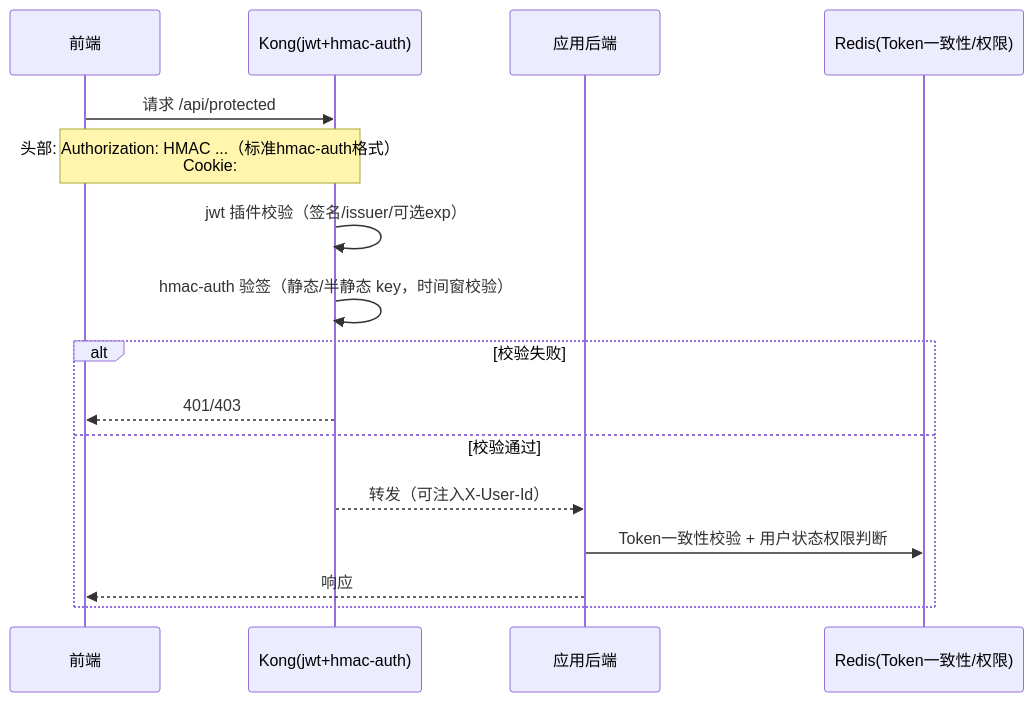
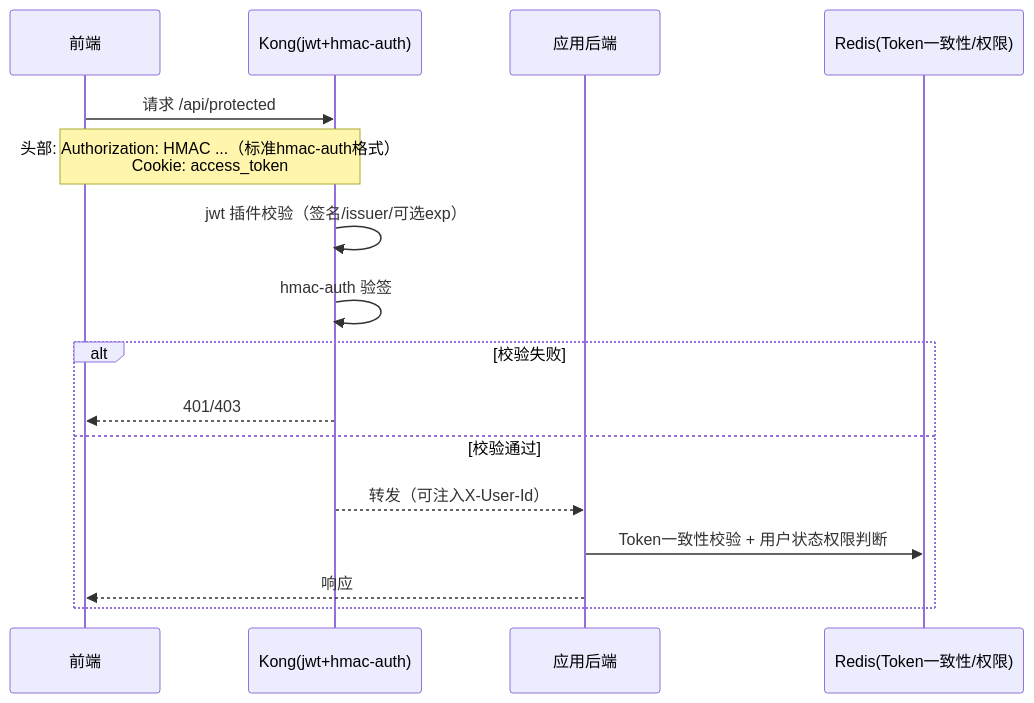
Before and after one commit to yingjianzh/iodraw-files: the diagram in all/未命名-3.md, drawn with Mermaid.

Commit message:
2025-10-14 17:19:25 update

````diff
--- a/all/未命名-3.md
+++ b/all/未命名-3.md
@@ -1,20 +1,20 @@
 ```mermaid
 sequenceDiagram
     participant FE as 前端
     participant Kong as Kong(jwt+hmac-auth)
     participant App as 应用后端
     participant Redis as Redis(Token一致性/权限)
 
     FE->>Kong: 请求 /api/protected
-    Note over FE,Kong: 头部: Authorization: HMAC ...（标准hmac-auth格式）<br/>Cookie: 
+    Note over FE,Kong: 头部: Authorization: HMAC ...（标准hmac-auth格式）<br/>Cookie: access_token
 
     Kong->>Kong: jwt 插件校验（签名/issuer/可选exp）
-    Kong->>Kong: hmac-auth 验签（静态/半静态 key，时间窗校验）
+    Kong->>Kong: hmac-auth 验签
     alt 校验失败
       Kong-->>FE: 401/403
     else 校验通过
       Kong-->>App: 转发（可注入X-User-Id）
       App->>Redis: Token一致性校验 + 用户状态权限判断
       App-->>FE: 响应
     end
 ```
````
